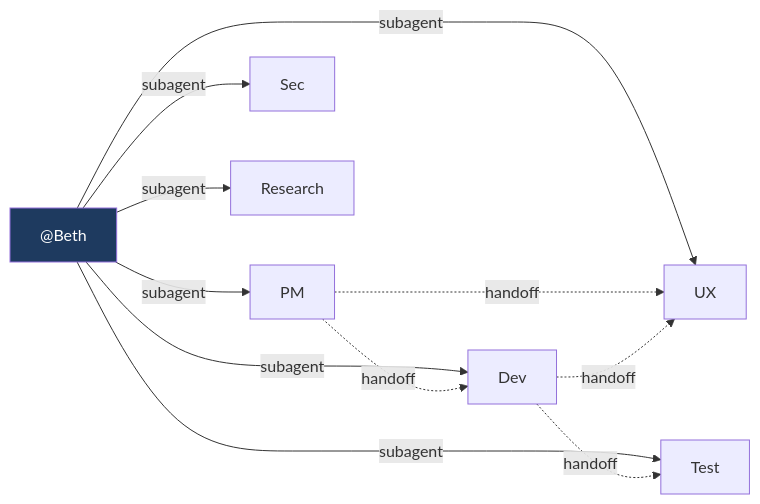
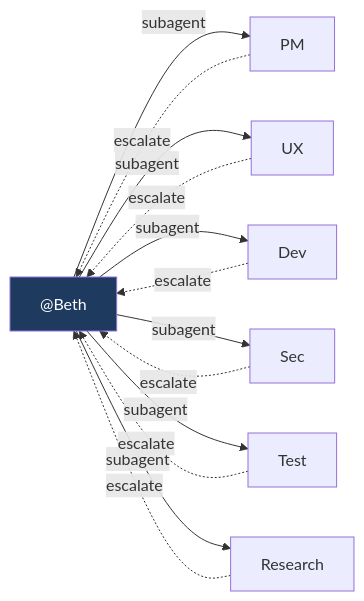
One commit to shyamsridhar123/ATV-AgentSkillsDemo changed the second of 7 diagrams in README.md. Above: the diagram before and after it, drawn with Mermaid. The commit also changed other lines of this file and 7 other files, not shown here.

````diff
--- a/README.md
+++ b/README.md
@@ -123,8 +125,12 @@
 ```mermaid
 flowchart LR
     Beth["@Beth"] -->|subagent| PM["PM"] & UX["UX"] & Dev["Dev"] & Sec["Sec"] & Test["Test"] & Res["Research"]
-    PM -.->|handoff| UX & Dev
-    Dev -.->|handoff| Test & UX
+    PM -.->|escalate| Beth
+    UX -.->|escalate| Beth
+    Dev -.->|escalate| Beth
+    Sec -.->|escalate| Beth
+    Test -.->|escalate| Beth
+    Res -.->|escalate| Beth
 
     style Beth fill:#1e3a5f,color:#fff
 ```
````
